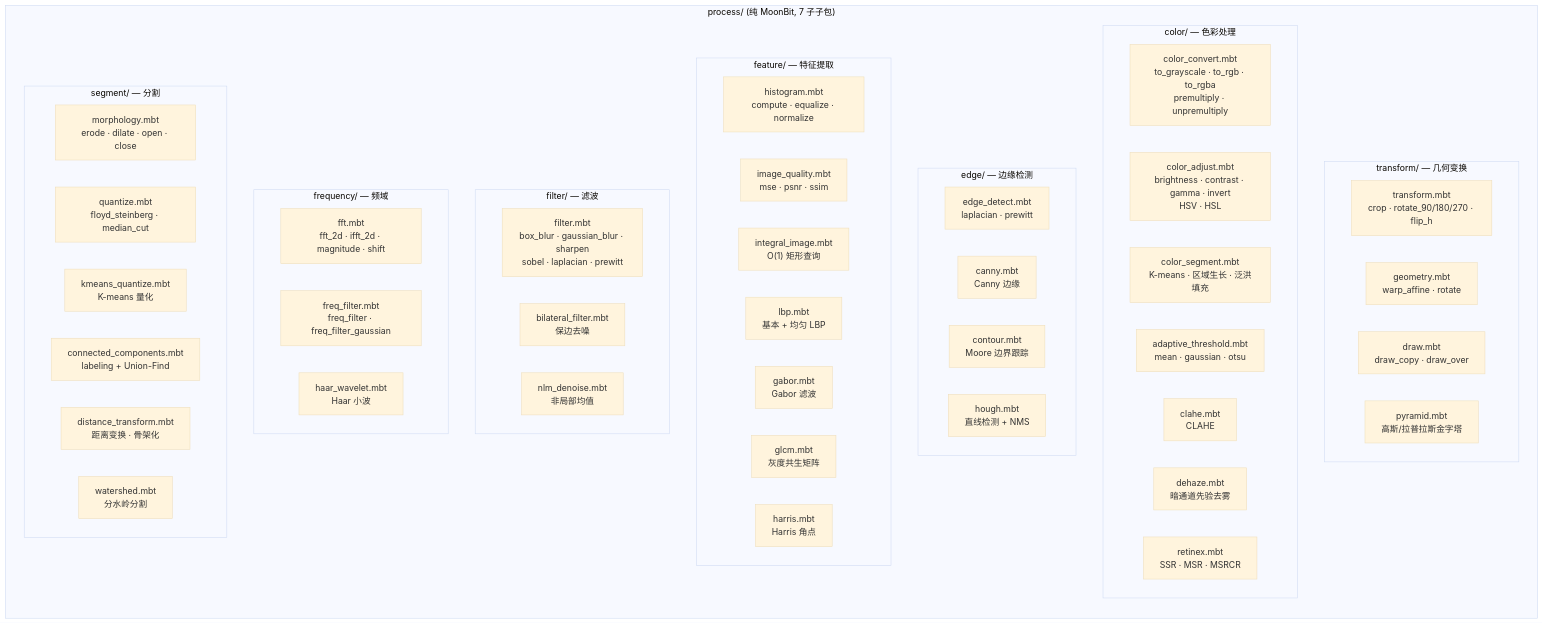
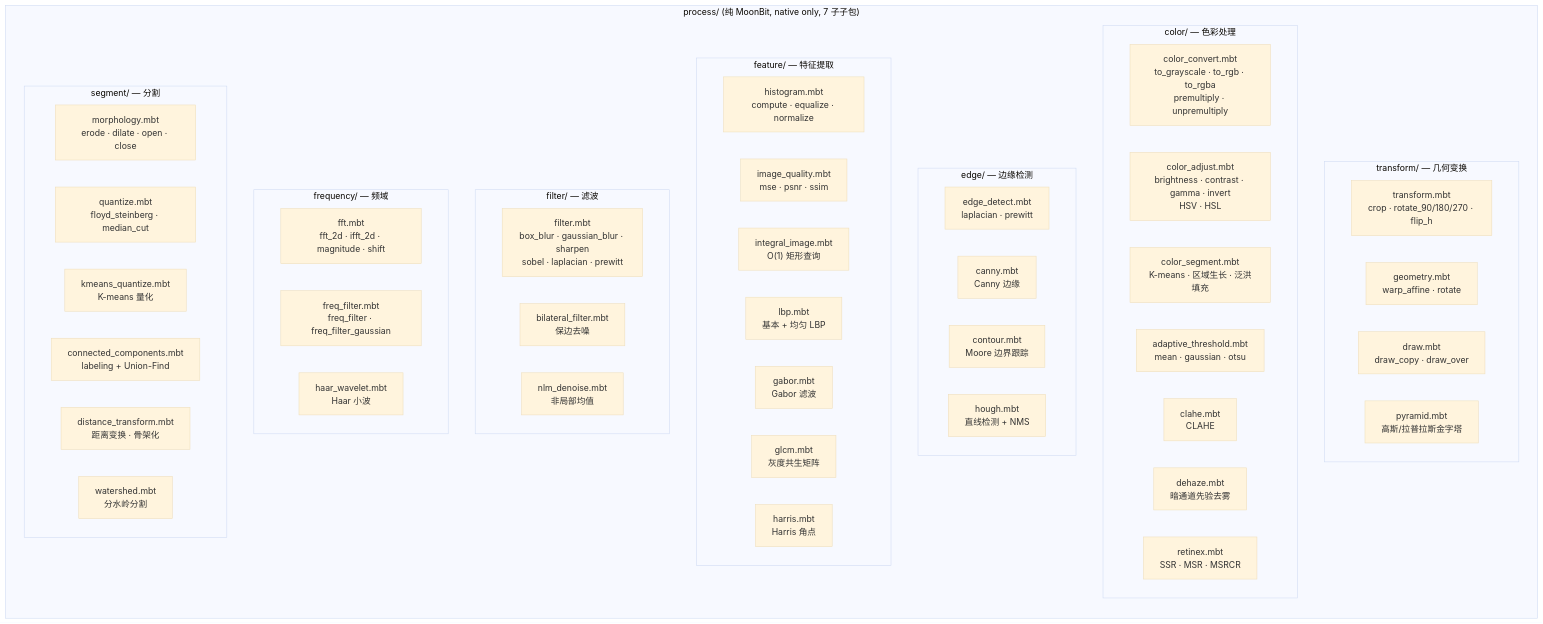
Before and after one commit to toadium/stb-image: the sixth of 14 diagrams in docs/architecture.md, drawn with Mermaid (base theme). The commit also changed other lines of this file and 4 other files, not shown here.

````diff
--- a/docs/architecture.md
+++ b/docs/architecture.md
@@ -246,54 +249,54 @@
 ```mermaid
 flowchart TB
-    subgraph ProcPkg["process/ (纯 MoonBit, 7 子子包)"]
+    subgraph ProcPkg["process/ (纯 MoonBit, native only, 7 子子包)"]
         direction TB
         subgraph TransformSub["transform/ — 几何变换"]
             T1["transform.mbt<br/>crop · rotate_90/180/270 · flip_h"]
             T2["geometry.mbt<br/>warp_affine · rotate"]
             T3["draw.mbt<br/>draw_copy · draw_over"]
             T4["pyramid.mbt<br/>高斯/拉普拉斯金字塔"]
         end
         subgraph ColorSub["color/ — 色彩处理"]
             C1["color_convert.mbt<br/>to_grayscale · to_rgb · to_rgba<br/>premultiply · unpremultiply"]
             C2["color_adjust.mbt<br/>brightness · contrast · gamma · invert<br/>HSV · HSL"]
             C3["color_segment.mbt<br/>K-means · 区域生长 · 泛洪填充"]
             C4["adaptive_threshold.mbt<br/>mean · gaussian · otsu"]
             C5["clahe.mbt<br/>CLAHE"]
             C6["dehaze.mbt<br/>暗通道先验去雾"]
             C7["retinex.mbt<br/>SSR · MSR · MSRCR"]
         end
         subgraph EdgeSub["edge/ — 边缘检测"]
             E1["edge_detect.mbt<br/>laplacian · prewitt"]
             E2["canny.mbt<br/>Canny 边缘"]
             E3["contour.mbt<br/>Moore 边界跟踪"]
             E4["hough.mbt<br/>直线检测 + NMS"]
         end
         subgraph FeatureSub["feature/ — 特征提取"]
             F1["histogram.mbt<br/>compute · equalize · normalize"]
             F2["image_quality.mbt<br/>mse · psnr · ssim"]
             F3["integral_image.mbt<br/>O(1) 矩形查询"]
             F4["lbp.mbt<br/>基本 + 均匀 LBP"]
             F5["gabor.mbt<br/>Gabor 滤波"]
             F6["glcm.mbt<br/>灰度共生矩阵"]
             F7["harris.mbt<br/>Harris 角点"]
         end
         subgraph FilterSub["filter/ — 滤波"]
             Fi1["filter.mbt<br/>box_blur · gaussian_blur · sharpen<br/>sobel · laplacian · prewitt"]
             Fi2["bilateral_filter.mbt<br/>保边去噪"]
             Fi3["nlm_denoise.mbt<br/>非局部均值"]
         end
         subgraph FrequencySub["frequency/ — 频域"]
             Fr1["fft.mbt<br/>fft_2d · ifft_2d · magnitude · shift"]
             Fr2["freq_filter.mbt<br/>freq_filter · freq_filter_gaussian"]
             Fr3["haar_wavelet.mbt<br/>Haar 小波"]
         end
         subgraph SegmentSub["segment/ — 分割"]
             S1["morphology.mbt<br/>erode · dilate · open · close"]
             S2["quantize.mbt<br/>floyd_steinberg · median_cut"]
             S3["kmeans_quantize.mbt<br/>K-means 量化"]
             S4["connected_components.mbt<br/>labeling + Union-Find"]
             S5["distance_transform.mbt<br/>距离变换 · 骨架化"]
             S6["watershed.mbt<br/>分水岭分割"]
         end
     end
 ```
````
